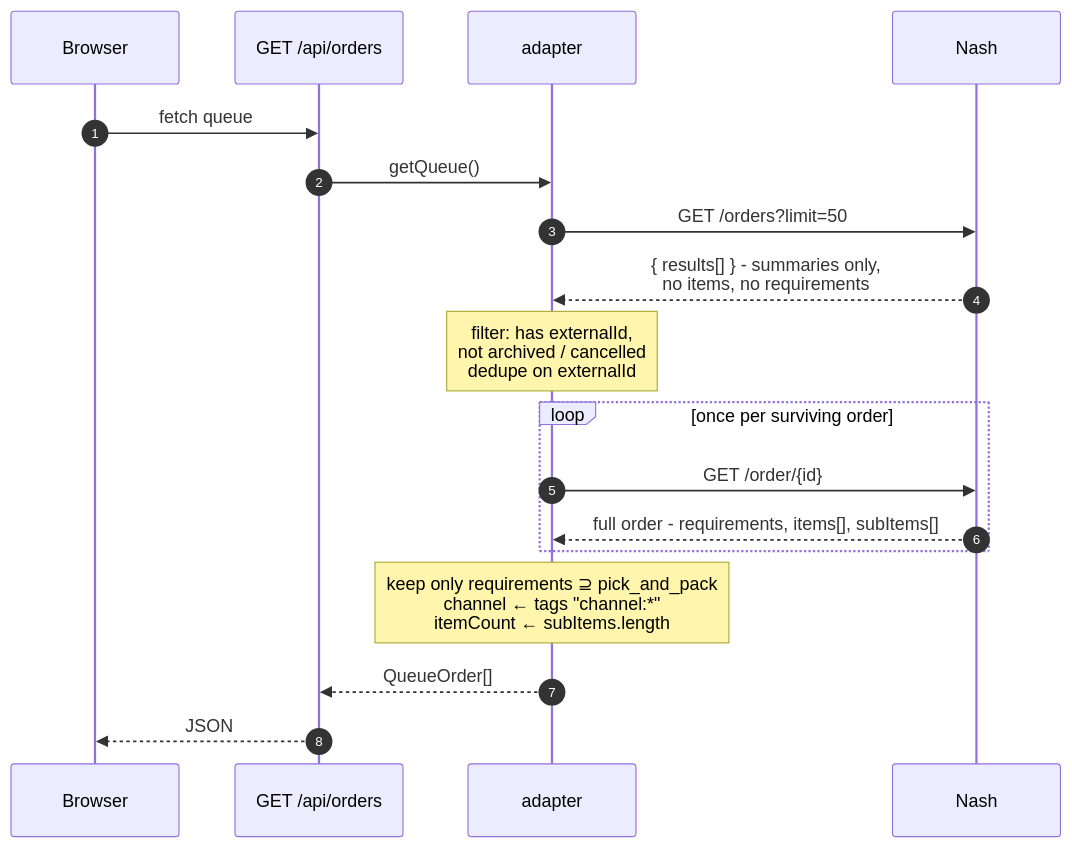
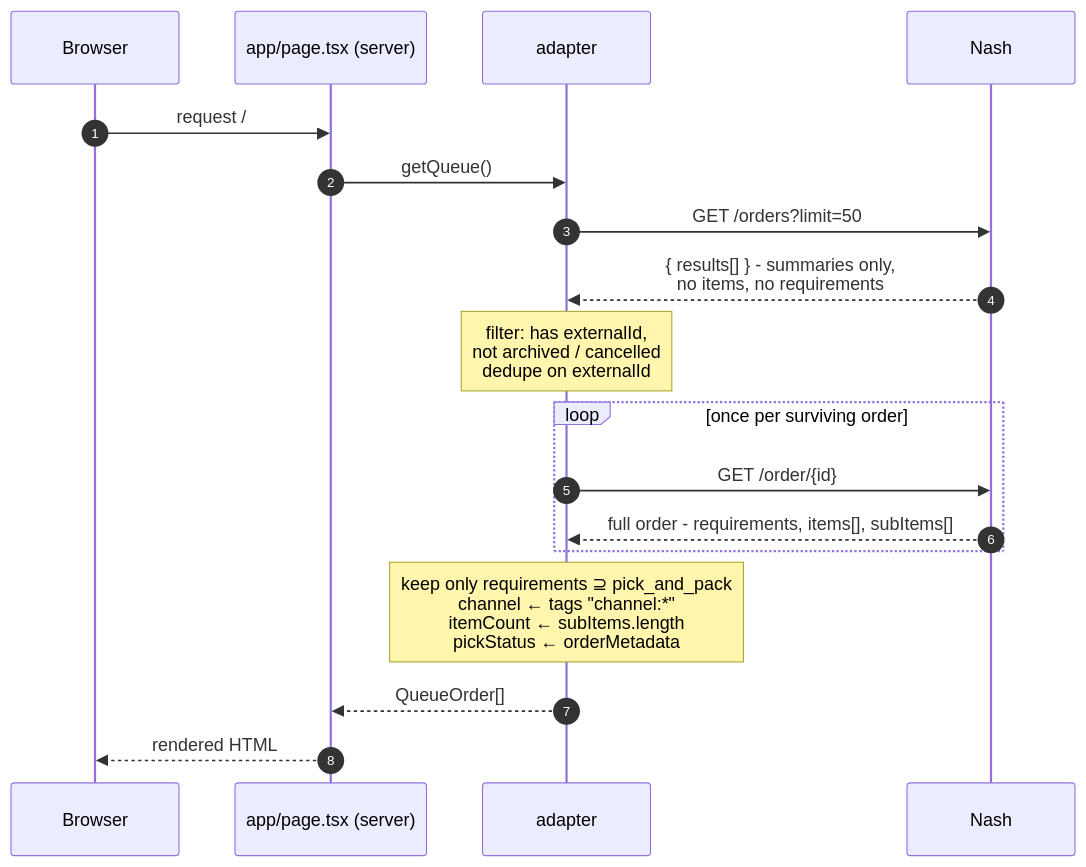
Before and after one commit to shawn-dsz/nash-picker: the second of 4 diagrams in docs/API-FLOW.md, drawn with Mermaid. The commit also changed other lines of this file, not shown here.

First line of the commit message:
docs: correct the read path - server components, not a browser BFF

````diff
--- a/docs/API-FLOW.md
+++ b/docs/API-FLOW.md
@@ -72,21 +82,21 @@
 ```mermaid
 sequenceDiagram
   autonumber
   participant B as Browser
-  participant R as GET /api/orders
+  participant S as app/page.tsx (server)
   participant A as adapter
   participant N as Nash
 
-  B->>R: fetch queue
-  R->>A: getQueue()
+  B->>S: request /
+  S->>A: getQueue()
   A->>N: GET /orders?limit=50
   N-->>A: { results[] } - summaries only,<br/>no items, no requirements
   Note over A: filter: has externalId,<br/>not archived / cancelled<br/>dedupe on externalId
   loop once per surviving order
     A->>N: GET /order/{id}
     N-->>A: full order - requirements, items[], subItems[]
   end
-  Note over A: keep only requirements ⊇ pick_and_pack<br/>channel ← tags "channel:*"<br/>itemCount ← subItems.length
-  A-->>R: QueueOrder[]
-  R-->>B: JSON
+  Note over A: keep only requirements ⊇ pick_and_pack<br/>channel ← tags "channel:*"<br/>itemCount ← subItems.length<br/>pickStatus ← orderMetadata
+  A-->>S: QueueOrder[]
+  S-->>B: rendered HTML
 ```
````
